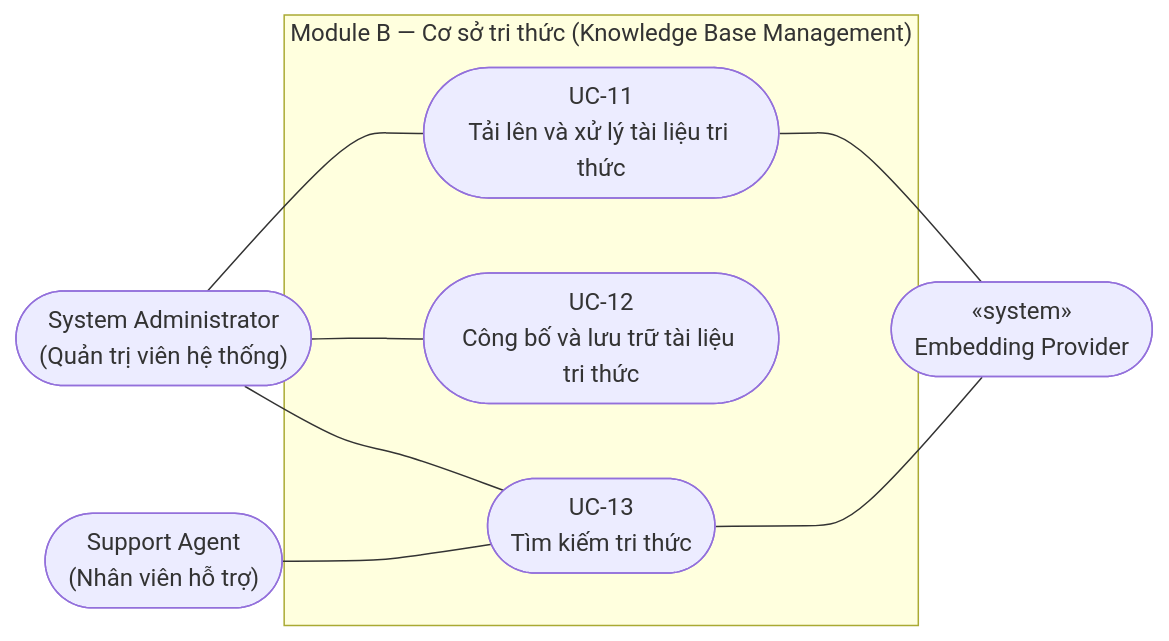
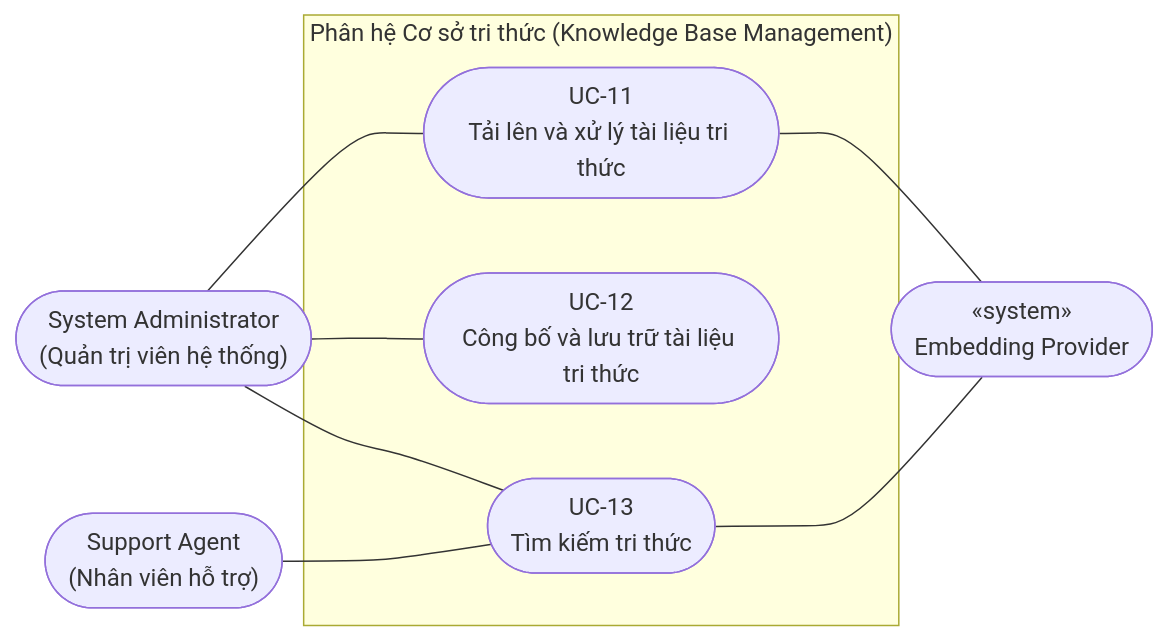
One commit to thanhbinh55/AI-Powered-Helpdesk-Knowledge-Base changed the seventh of 9 diagrams in PLAN_TEMPLATE1_AND_DEVELOPMENT.md. Above: the diagram before and after it, drawn with Mermaid. The commit also changed other lines of this file and 30 other files, not shown here.

````diff
--- a/PLAN_TEMPLATE1_AND_DEVELOPMENT.md
+++ b/PLAN_TEMPLATE1_AND_DEVELOPMENT.md
@@ -1493,21 +1495,21 @@
 ```mermaid
 flowchart LR
     Agent(["Support Agent\n(Nhân viên hỗ trợ)"])
     Admin(["System Administrator\n(Quản trị viên hệ thống)"])
     EmbeddingProvider(["«system»\nEmbedding Provider"])
 
-    subgraph Mod_Knowledge["Module B — Cơ sở tri thức (Knowledge Base Management)"]
+    subgraph Mod_Knowledge["Phân hệ Cơ sở tri thức (Knowledge Base Management)"]
         UC11(["UC-11\nTải lên và xử lý tài liệu tri thức"])
         UC12(["UC-12\nCông bố và lưu trữ tài liệu tri thức"])
         UC13(["UC-13\nTìm kiếm tri thức"])
     end
 
     Admin --- UC11
     Admin --- UC12
     Admin --- UC13
 
     Agent --- UC13
 
     UC11 --- EmbeddingProvider
     UC13 --- EmbeddingProvider
 ```
````
